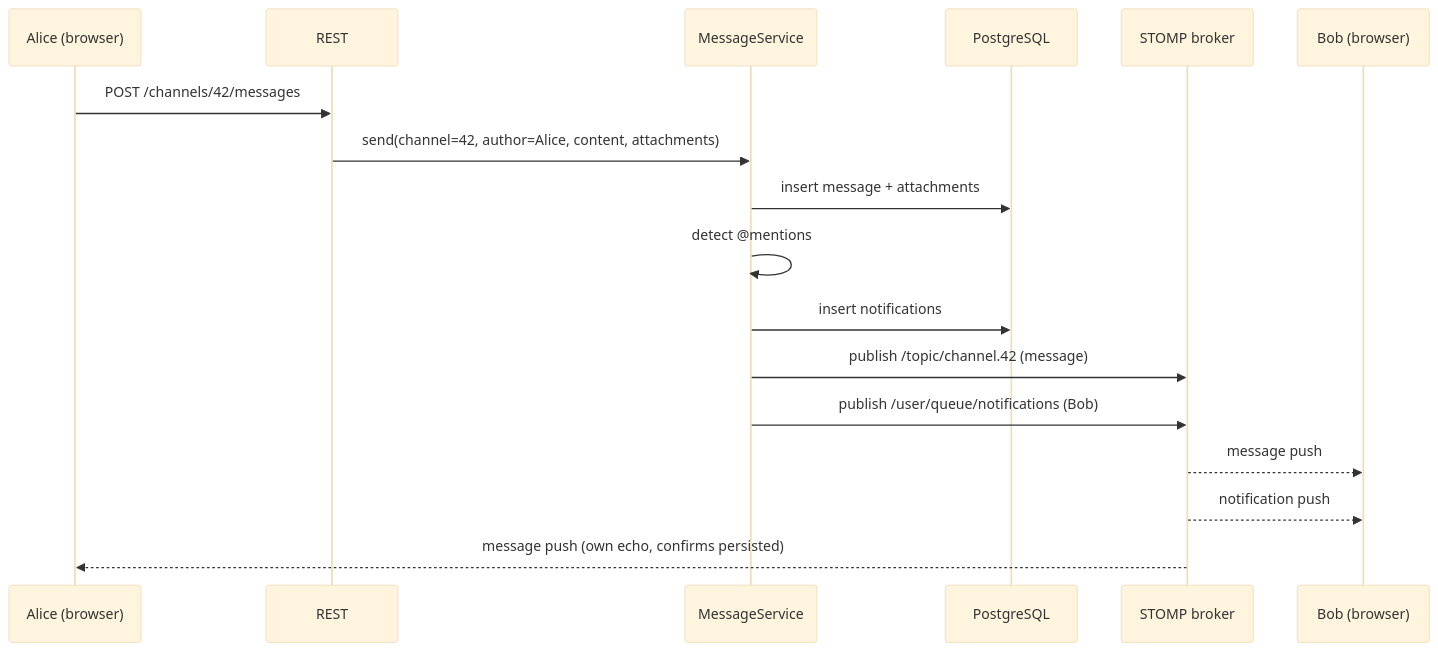
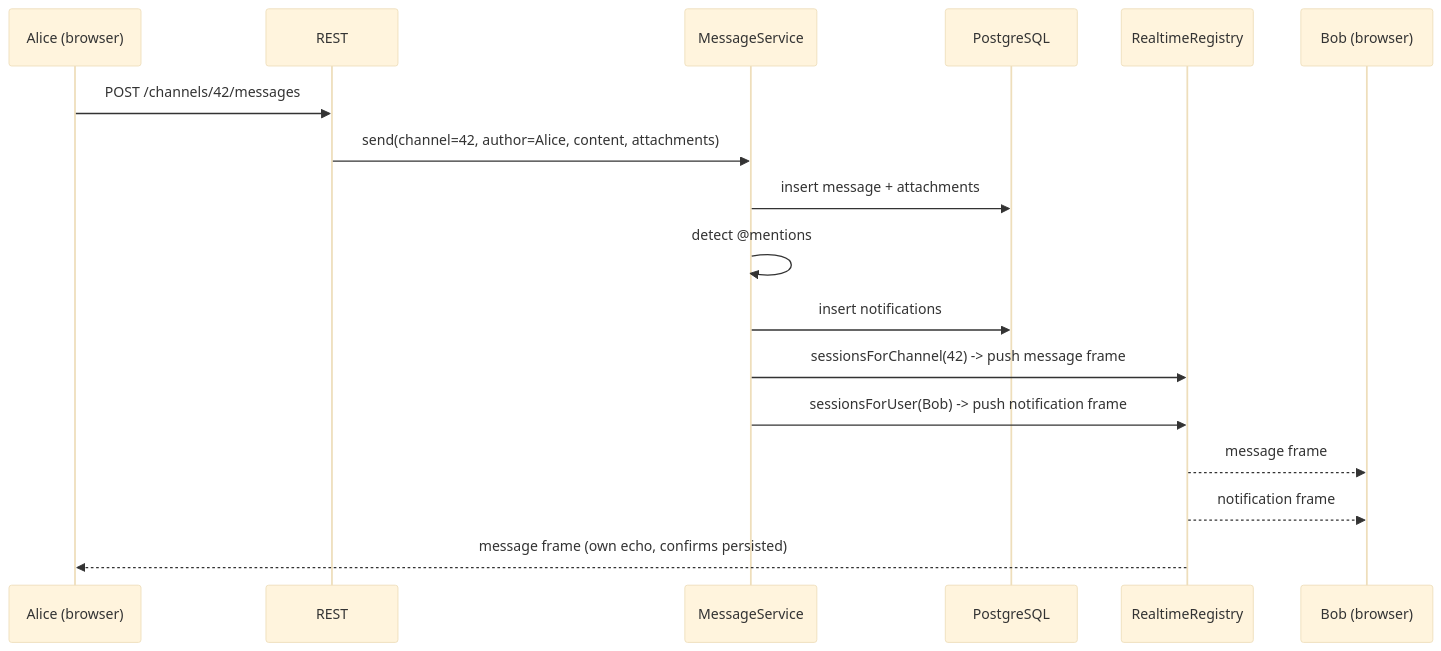
The third of 4 diagrams in pocs/java-25-slack-clone/design-doc.md (diegopacheco/java-pocs), drawn with Mermaid (base theme) before and after one commit. The commit also changed other lines of this file, not shown here.

````diff
--- a/pocs/java-25-slack-clone/design-doc.md
+++ b/pocs/java-25-slack-clone/design-doc.md
@@ -213,20 +225,20 @@
 ```mermaid
 sequenceDiagram
   participant A as Alice (browser)
   participant R as REST
   participant S as MessageService
   participant DB as PostgreSQL
-  participant B as STOMP broker
+  participant B as RealtimeRegistry
   participant Bob as Bob (browser)
 
   A->>R: POST /channels/42/messages
   R->>S: send(channel=42, author=Alice, content, attachments)
   S->>DB: insert message + attachments
   S->>S: detect @mentions
   S->>DB: insert notifications
-  S->>B: publish /topic/channel.42 (message)
-  S->>B: publish /user/queue/notifications (Bob)
-  B-->>Bob: message push
-  B-->>Bob: notification push
-  B-->>A: message push (own echo, confirms persisted)
+  S->>B: sessionsForChannel(42) -> push message frame
+  S->>B: sessionsForUser(Bob) -> push notification frame
+  B-->>Bob: message frame
+  B-->>Bob: notification frame
+  B-->>A: message frame (own echo, confirms persisted)
 ```
````
